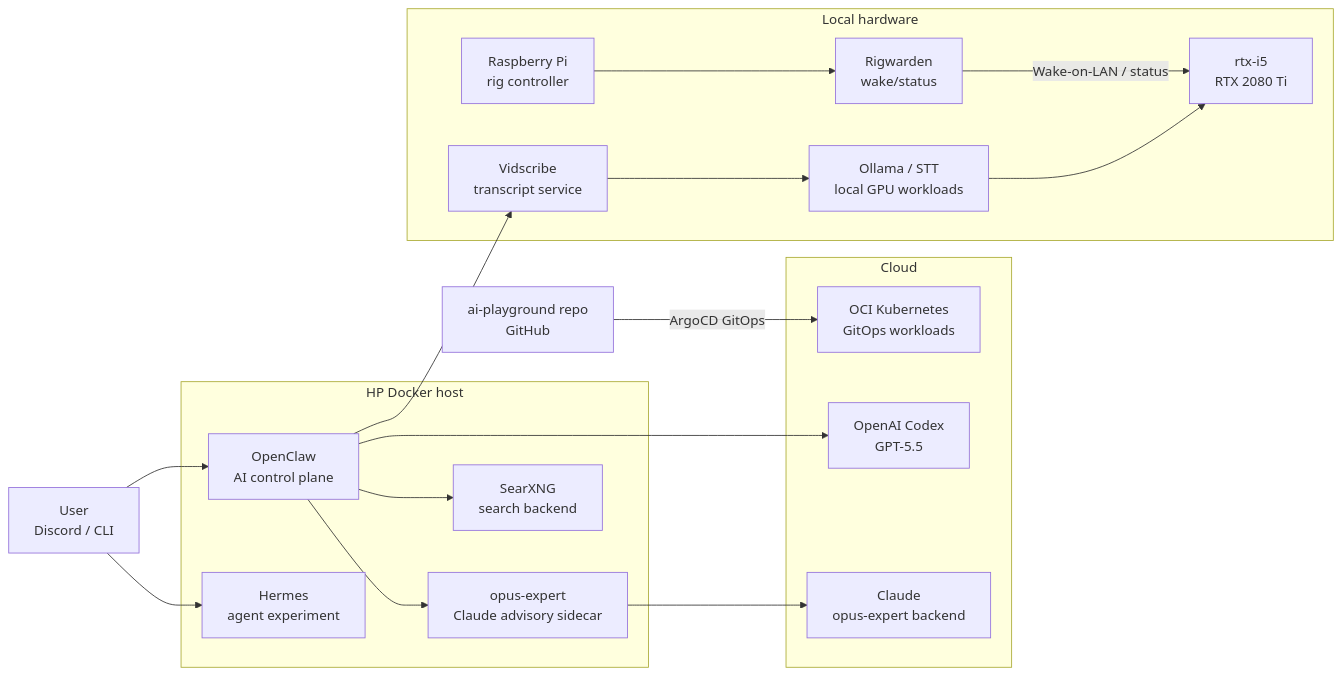
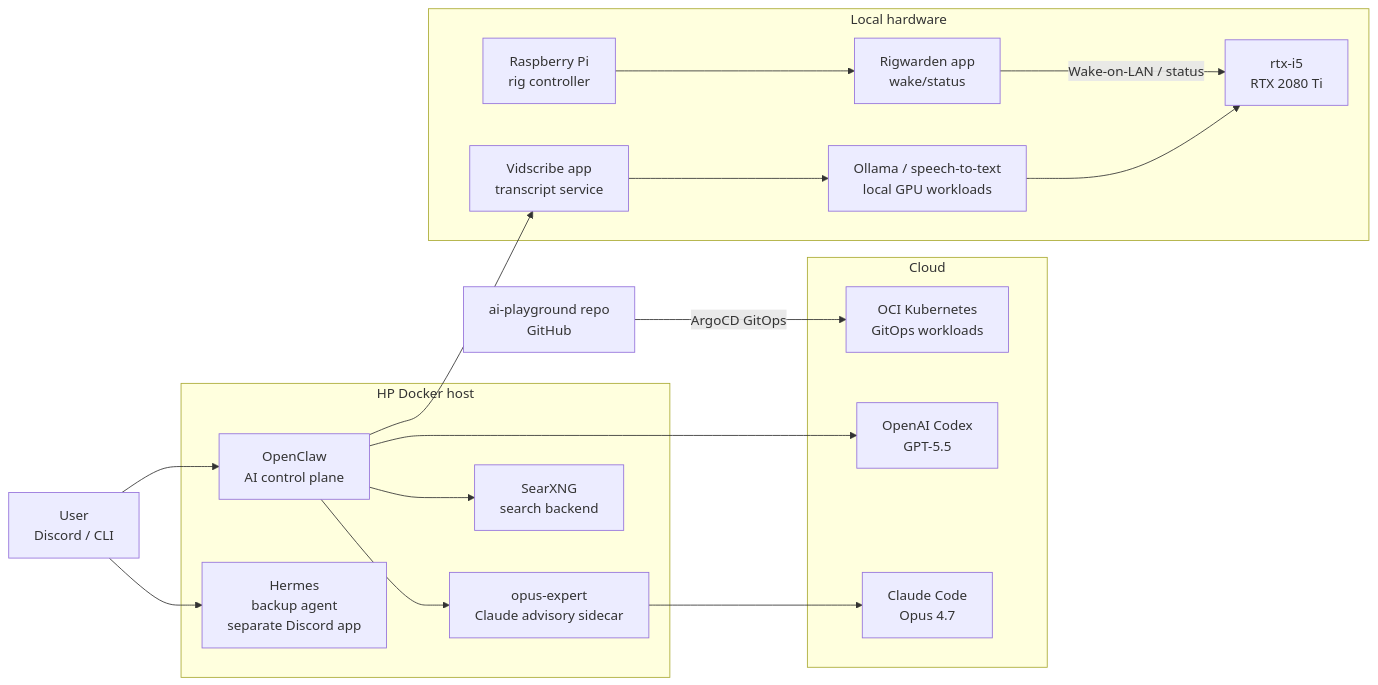
Before and after one commit to maslankalm/ai-playground: the diagram in homelab/README.md, drawn with Mermaid. The commit also changed other lines of this file and 1 other file, not shown here.

````diff
--- a/homelab/README.md
+++ b/homelab/README.md
@@ -13,39 +13,39 @@
 ```mermaid
 flowchart LR
     USER["User<br/>Discord / CLI"]
     REPO["ai-playground repo<br/>GitHub"]
 
     subgraph Cloud["Cloud"]
         K8S["OCI Kubernetes<br/>GitOps workloads"]
         OPENAI["OpenAI Codex<br/>GPT-5.5"]
-        CLAUDE["Claude<br/>opus-expert backend"]
+        CLAUDE["Claude Code<br/>Opus 4.7"]
     end
 
     subgraph HP["HP Docker host"]
         OC["OpenClaw<br/>AI control plane"]
-        HM["Hermes<br/>agent experiment"]
+        HM["Hermes<br/>backup agent<br/>separate Discord app"]
         OE["opus-expert<br/>Claude advisory sidecar"]
         SX["SearXNG<br/>search backend"]
     end
 
     subgraph Local["Local hardware"]
         PI["Raspberry Pi<br/>rig controller"]
-        RW["Rigwarden<br/>wake/status"]
+        RW["Rigwarden app<br/>wake/status"]
         RTX["rtx-i5<br/>RTX 2080 Ti"]
-        VS["Vidscribe<br/>transcript service"]
-        OLLAMA_LOCAL["Ollama / STT<br/>local GPU workloads"]
+        VS["Vidscribe app<br/>transcript service"]
+        OLLAMA_LOCAL["Ollama / speech-to-text<br/>local GPU workloads"]
     end
 
     USER --> OC
     USER --> HM
     REPO -->|ArgoCD GitOps| K8S
     OC --> OPENAI
     OC --> OE
     OC --> SX
     OE --> CLAUDE
     PI --> RW
     RW -->|Wake-on-LAN / status| RTX
     OC --> VS
     VS --> OLLAMA_LOCAL
     OLLAMA_LOCAL --> RTX
 ```
````
